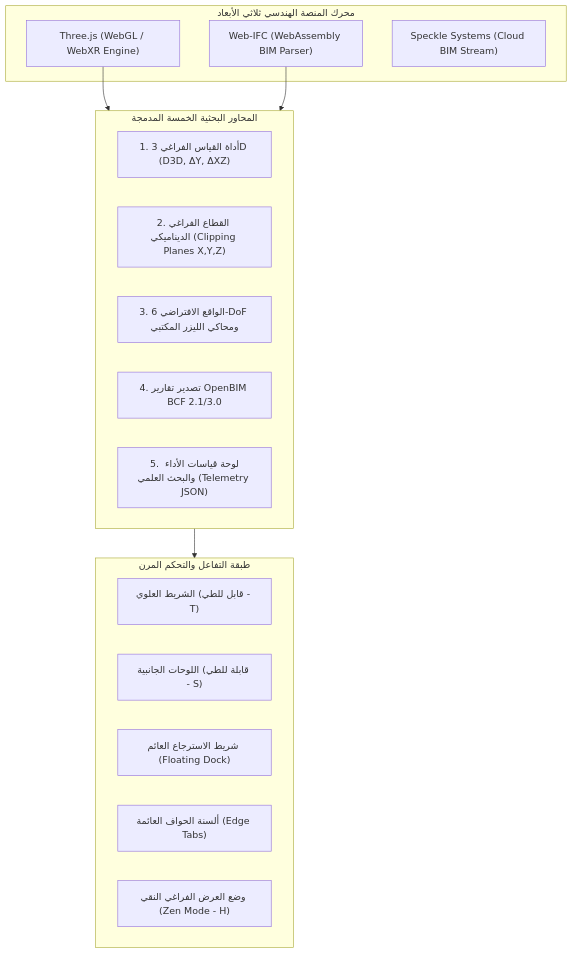
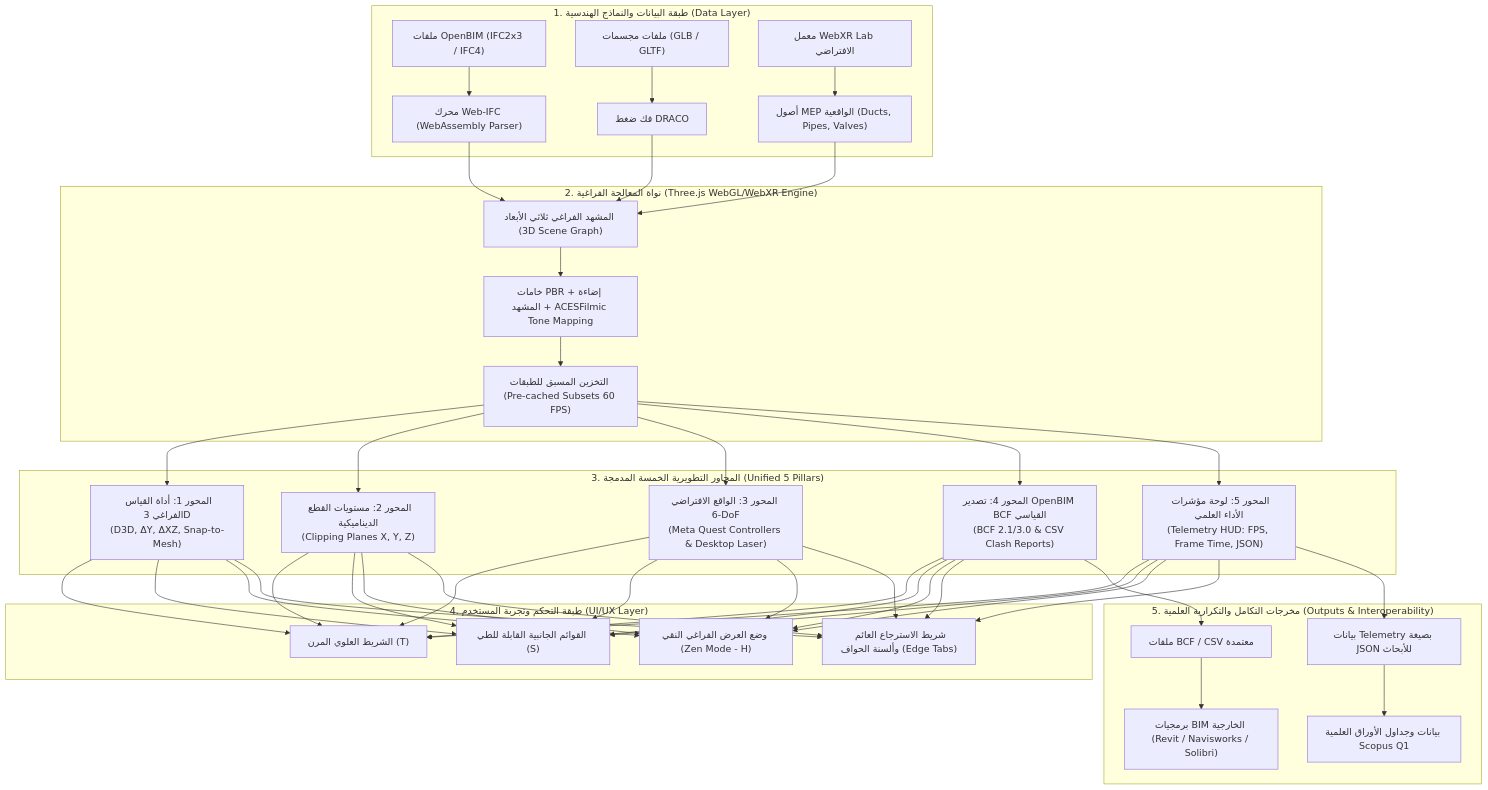
The first of 2 diagrams in RESEARCH_DEVELOPMENT_LOG.md (DrAhmedLouay/webxr-bim-review), drawn with Mermaid before and after one commit. The commit also changed other lines of this file and 2 other files, not shown here.

Commit message:
docs: synchronize RESEARCH_DEVELOPMENT_LOG.md and README.md with complete 22-turn master research log

````diff
--- a/RESEARCH_DEVELOPMENT_LOG.md
+++ b/RESEARCH_DEVELOPMENT_LOG.md
@@ -200,28 +378,36 @@
 ```mermaid
 flowchart TD
-    subgraph CoreEngine["محرك المنصة الهندسي ثلاثي الأبعاد"]
-        ThreeJS["Three.js (WebGL / WebXR Engine)"]
-        WebIFC["Web-IFC (WebAssembly BIM Parser)"]
-        Speckle["Speckle Systems (Cloud BIM Stream)"]
+    subgraph DataLayer ["1. طبقة البيانات والنماذج الهندسية (Data Layer)"]
+        IFC["ملفات OpenBIM (IFC2x3 / IFC4)"] --> WASM["محرك Web-IFC (WebAssembly Parser)"]
+        GLTF["ملفات مجسمات (GLB / GLTF)"] --> DRACO["فك ضغط DRACO"]
+        LAB["معمل WebXR Lab الافتراضي"] --> ASSETS["أصول MEP الواقعية (Ducts, Pipes, Valves)"]
     end
 
-    subgraph ResearchPillars["المحاور البحثية الخمسة المدمجة"]
-        P1["1. أداة القياس الفراغي 3D (D3D, ΔY, ΔXZ)"]
-        P2["2. القطاع الفراغي الديناميكي (Clipping Planes X,Y,Z)"]
-        P3["3. الواقع الافتراضي 6-DoF ومحاكي الليزر المكتبي"]
-        P4["4. تصدير تقارير OpenBIM BCF 2.1/3.0"]
-        P5["5. لوحة قياسات الأداء والبحث العلمي (Telemetry JSON)"]
+    subgraph CoreEngine ["2. نواة المعالجة الفراغية (Three.js WebGL/WebXR Engine)"]
+        WASM & DRACO & ASSETS --> SCENE["المشهد الفراغي ثلاثي الأبعاد (3D Scene Graph)"]
+        SCENE --> PBR["خامات PBR + إضاءة المشهد + ACESFilmic Tone Mapping"]
+        PBR --> CACHE["التخزين المسبق للطبقات (Pre-cached Subsets 60 FPS)"]
     end
 
-    subgraph UILayer["طبقة التفاعل والتحكم المرن"]
-        TopBar["الشريط العلوي (قابل للطي - T)"]
-        Sidebars["اللوحات الجانبية (قابلة للطي - S)"]
-        FloatingDock["شريط الاسترجاع العائم (Floating Dock)"]
-        EdgeTabs["ألسنة الحواف العائمة (Edge Tabs)"]
-        ZenMode["وضع العرض الفراغي النقي (Zen Mode - H)"]
+    subgraph PillarsLayer ["3. المحاور التطويرية الخمسة المدمجة (Unified 5 Pillars)"]
+        CACHE --> P1["المحور 1: أداة القياس الفراغي 3D\n(D3D, ΔY, ΔXZ, Snap-to-Mesh)"]
+        CACHE --> P2["المحور 2: مستويات القطع الديناميكية\n(Clipping Planes X, Y, Z)"]
+        CACHE --> P3["المحور 3: الواقع الافتراضي 6-DoF\n(Meta Quest Controllers & Desktop Laser)"]
+        CACHE --> P4["المحور 4: تصدير OpenBIM BCF القياسي\n(BCF 2.1/3.0 & CSV Clash Reports)"]
+        CACHE --> P5["المحور 5: لوحة مؤشرات الأداء العلمي\n(Telemetry HUD: FPS, Frame Time, JSON)"]
     end
 
-    ThreeJS --> ResearchPillars
-    WebIFC --> ResearchPillars
-    ResearchPillars --> UILayer
+    subgraph InteractionLayer ["4. طبقة التحكم وتجربة المستخدم (UI/UX Layer)"]
+        P1 & P2 & P3 & P4 & P5 --> TOP["الشريط العلوي المرن (T)"]
+        P1 & P2 & P3 & P4 & P5 --> SIDE["القوائم الجانبية القابلة للطي (S)"]
+        P1 & P2 & P3 & P4 & P5 --> ZEN["وضع العرض الفراغي النقي (Zen Mode - H)"]
+        P1 & P2 & P3 & P4 & P5 --> DOCK["شريط الاسترجاع العائم وألسنة الحواف (Edge Tabs)"]
+    end
+
+    subgraph ExportLayer ["5. مخرجات التكامل والتكرارية العلمية (Outputs & Interoperability)"]
+        P4 --> BCF_FILE["ملفات BCF / CSV معتمدة"]
+        P5 --> JSON_FILE["بيانات Telemetry بصيغة JSON للأبحاث"]
+        BCF_FILE --> REVIT["برمجيات BIM الخارجية (Revit / Navisworks / Solibri)"]
+        JSON_FILE --> SCOPUS["بيانات وجداول الأوراق العلمية Scopus Q1"]
+    end
 ```
````
